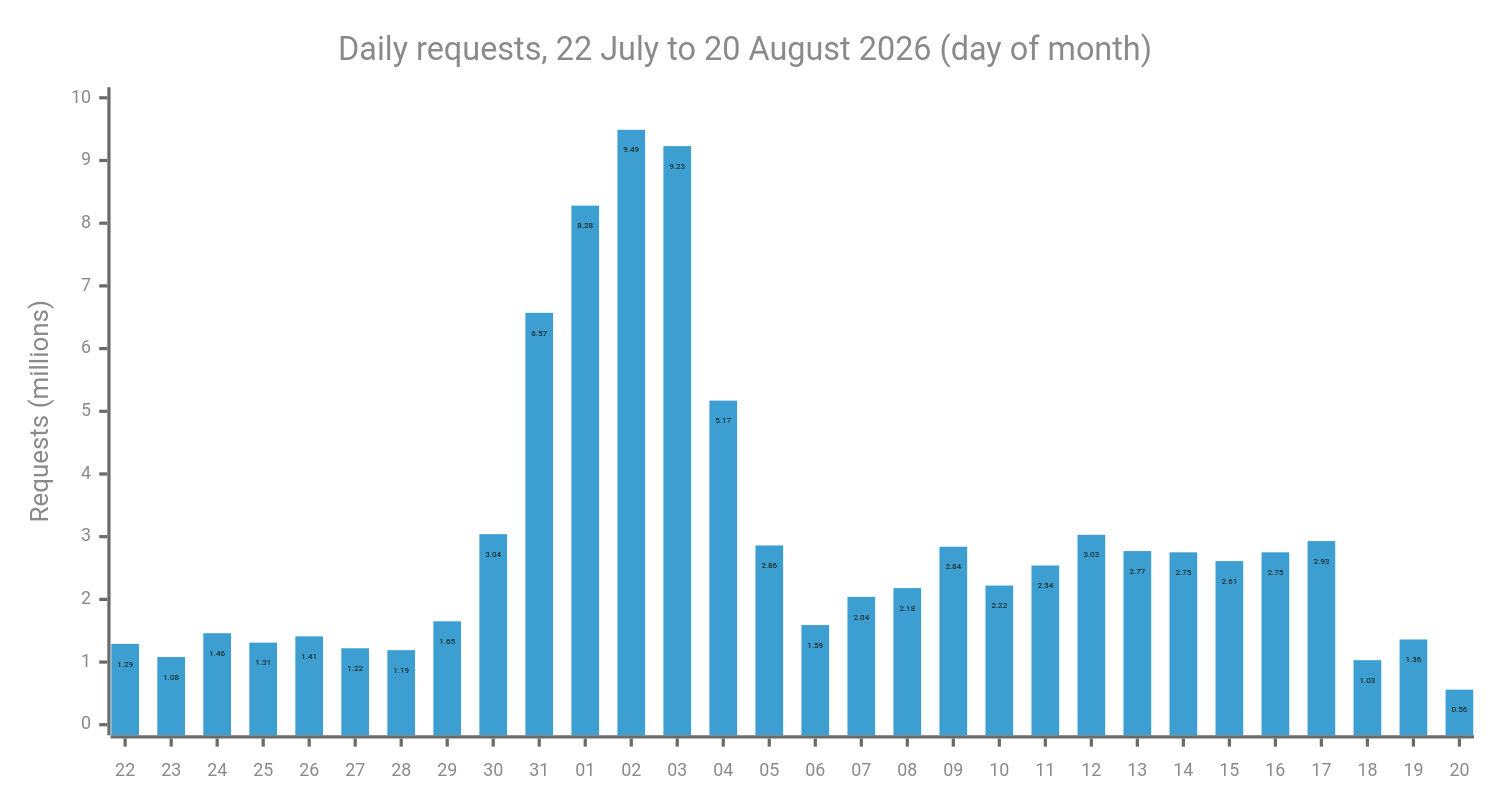
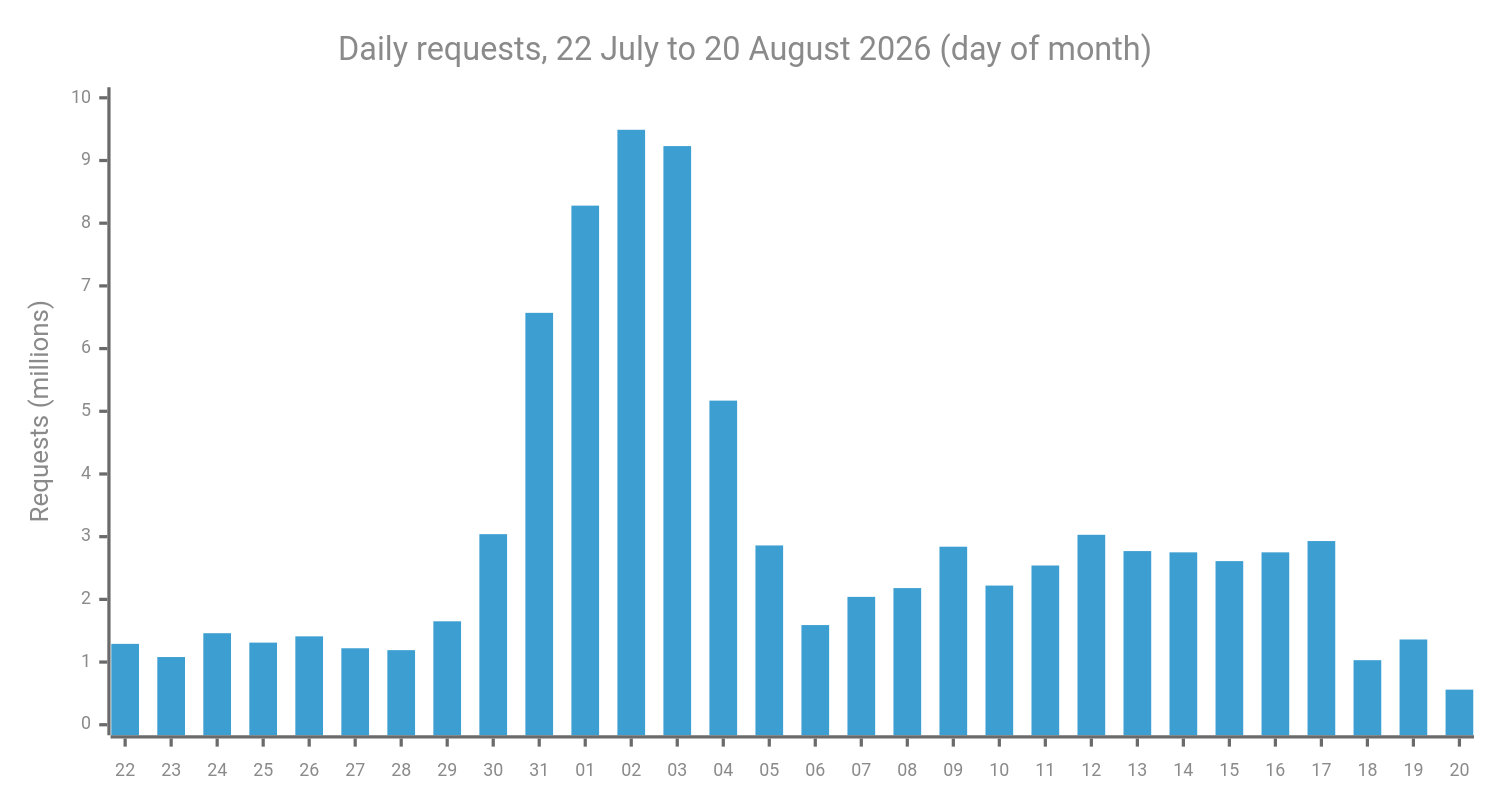
One commit to lopes/lopes.id changed the second of 2 diagrams in log/web-request-storm-incident/index.qmd. Above: the diagram before and after it, drawn with Mermaid. The commit also changed other lines of this file and 1 other file, not shown here.

Commit message:
design, post: drop the xychart data labels and the CSS override behind them

````diff
--- a/log/web-request-storm-incident/index.qmd
+++ b/log/web-request-storm-incident/index.qmd
@@ -204,8 +206,8 @@
 ```{mermaid}
-%%{init: {"themeVariables":{"xyChart":{"backgroundColor":"transparent","plotColorPalette":"#3d9fd1","titleColor":"#8a8a8a","xAxisLabelColor":"#8a8a8a","xAxisTitleColor":"#8a8a8a","xAxisTickColor":"#6a6a6a","xAxisLineColor":"#6a6a6a","yAxisLabelColor":"#8a8a8a","yAxisTitleColor":"#8a8a8a","yAxisTickColor":"#6a6a6a","yAxisLineColor":"#6a6a6a"}},"xyChart":{"width":900,"height":480,"xAxis":{"labelFontSize":11,"labelPadding":8},"yAxis":{"labelFontSize":11},"showDataLabel":true}}}%%
+%%{init: {"themeVariables":{"xyChart":{"backgroundColor":"transparent","plotColorPalette":"#3d9fd1","titleColor":"#8a8a8a","xAxisLabelColor":"#8a8a8a","xAxisTitleColor":"#8a8a8a","xAxisTickColor":"#6a6a6a","xAxisLineColor":"#6a6a6a","yAxisLabelColor":"#8a8a8a","yAxisTitleColor":"#8a8a8a","yAxisTickColor":"#6a6a6a","yAxisLineColor":"#6a6a6a"}},"xyChart":{"width":900,"height":480,"xAxis":{"labelFontSize":11,"labelPadding":8},"yAxis":{"labelFontSize":11}}}}%%
 xychart-beta
     title "Daily requests, 22 July to 20 August 2026 (day of month)"
     x-axis [22, 23, 24, 25, 26, 27, 28, 29, 30, 31, 01, 02, 03, 04, 05, 06, 07, 08, 09, 10, 11, 12, 13, 14, 15, 16, 17, 18, 19, 20]
     y-axis "Requests (millions)" 0 --> 10
     bar [1.29, 1.08, 1.46, 1.31, 1.41, 1.22, 1.19, 1.65, 3.04, 6.57, 8.28, 9.49, 9.23, 5.17, 2.86, 1.59, 2.04, 2.18, 2.84, 2.22, 2.54, 3.03, 2.77, 2.75, 2.61, 2.75, 2.93, 1.03, 1.36, 0.56]
 ```
````
